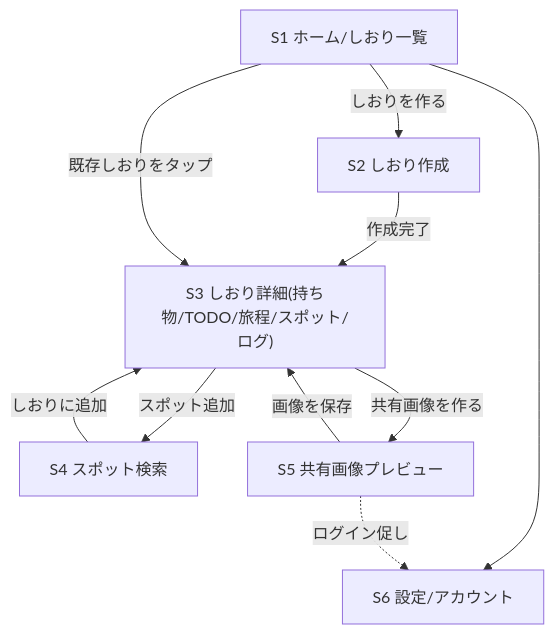
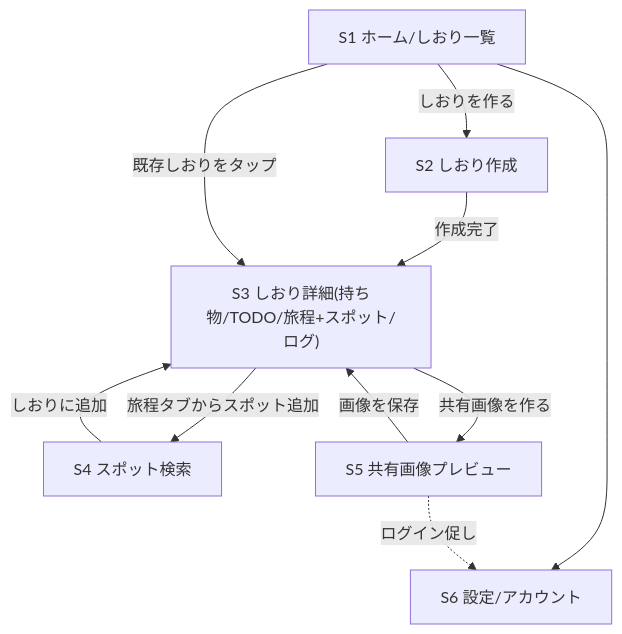
The diagram in docs/01_service_spec.md (ReoKM/otaku_no_shiori), drawn with Mermaid before and after one commit. The commit also changed other lines of this file and 5 other files, not shown here.

````diff
--- a/docs/01_service_spec.md
+++ b/docs/01_service_spec.md
@@ -103,12 +104,12 @@
 ```mermaid
 flowchart TD
     S1[S1 ホーム/しおり一覧] -->|しおりを作る| S2[S2 しおり作成]
-    S2 -->|作成完了| S3["S3 しおり詳細(持ち物/TODO/旅程/スポット/ログ)"]
+    S2 -->|作成完了| S3["S3 しおり詳細(持ち物/TODO/旅程+スポット/ログ)"]
     S1 -->|既存しおりをタップ| S3
-    S3 -->|スポット追加| S4[S4 スポット検索]
+    S3 -->|旅程タブからスポット追加| S4[S4 スポット検索]
     S4 -->|しおりに追加| S3
     S3 -->|共有画像を作る| S5[S5 共有画像プレビュー]
     S5 -->|画像を保存| S3
     S1 --> S6[S6 設定/アカウント]
     S5 -.->|ログイン促し| S6
 ```
````
